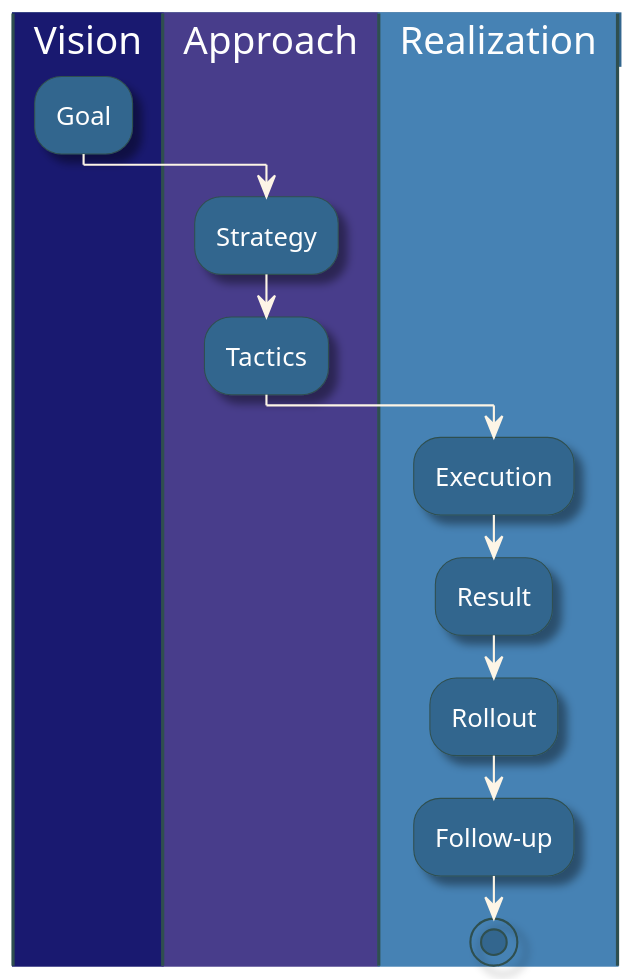
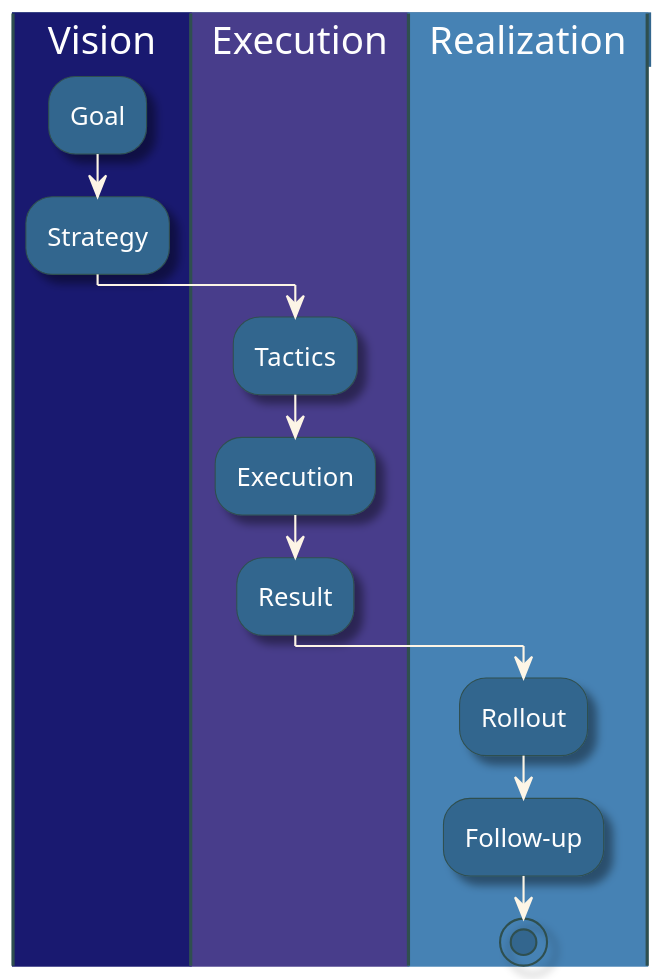
One commit to sddevelopment-be/penguin-pragmatic-patterns changed the diagram in src/images/chain_of_accountability.puml. Above: the diagram before and after it, drawn with PlantUML. The commit also changed 4 other files, not shown here.

```diff
--- a/src/images/chain_of_accountability.puml
+++ b/src/images/chain_of_accountability.puml
@@ -1,59 +1,59 @@
 @startuml
 
 skinparam dpi 164
 
 skinparam maxMessageSize 184
 skinparam wrapWidth 204
 
 skinparam shadowing true
 
 <style>
 activityDiagram {
   BackgroundColor #33668E
   BorderColor #33668E
   LineColor #DarkSlateGrey
   FontColor #fefefe
   FontName arial
 
   diamond {
     BackgroundColor #ccf
     FontName arial
     FontSize 15
   }
   arrow {
     FontColor OldLace
     LineColor OldLace
     FontName arial
     FontSize 15
   }
   partition {
     LineColor red
     FontColor green
     RoundCorner 10
     BackgroundColor PeachPuff
   }
   note {
     FontColor Blue
     LineColor Navy
     BorderColor #33668E
     BackgroundColor #ccf
   }
 }
 document {
    BackgroundColor transparent
 }
 </style>
 
 |#MidnightBlue| Vision |
 	:Goal;
-|#DarkSlateBlue| Approach |
 	:Strategy;
+|#DarkSlateBlue| Execution |
 	:Tactics;
-|#SteelBlue| Realization |
 	:Execution;
 	:Result;
+|#SteelBlue| Realization |
 	:Rollout;
 	:Follow-up;
 stop
 
 @enduml
```
